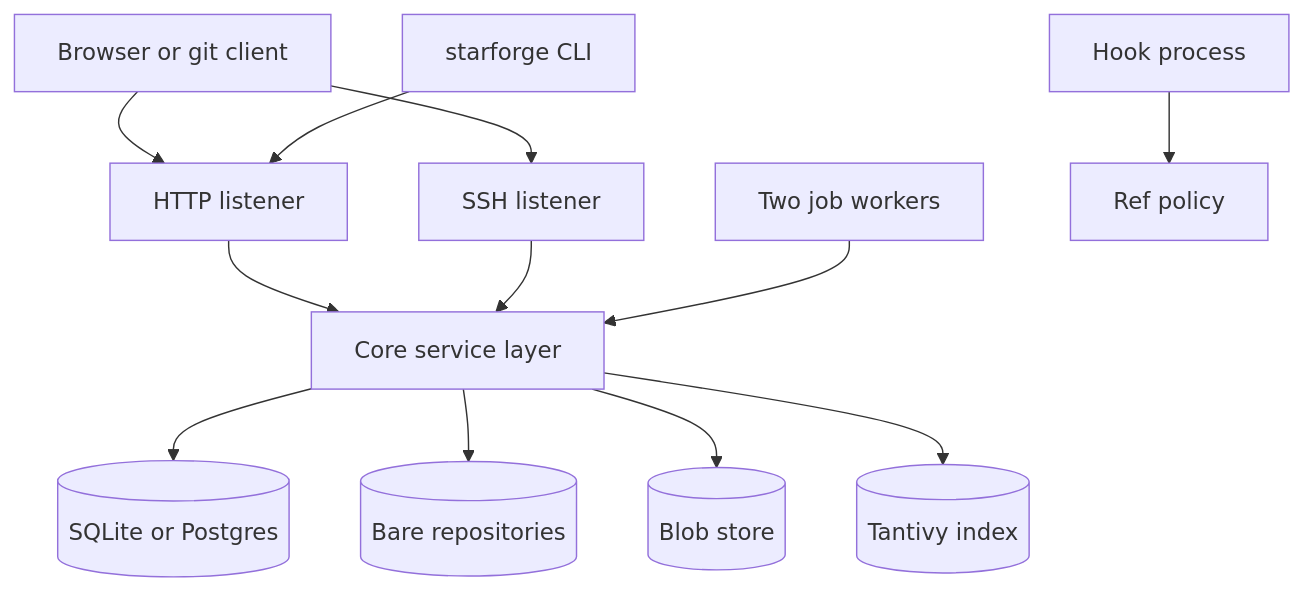
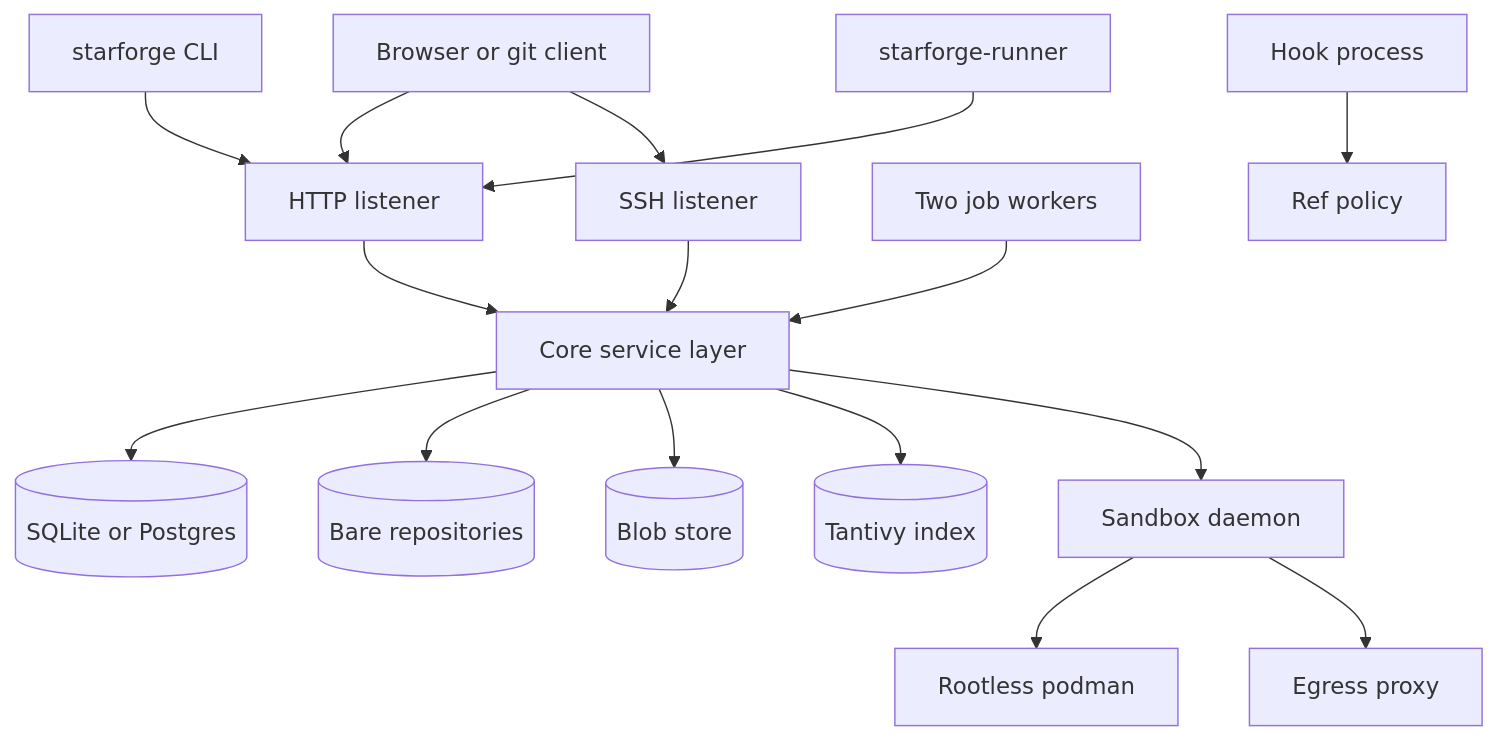
The diagram in docs/technical/architecture.md (mintychochip/starforge), drawn with Mermaid before and after one commit. The commit also changed other lines of this file and 23 other files, not shown here.

````diff
--- a/docs/technical/architecture.md
+++ b/docs/technical/architecture.md
@@ -53,14 +66,18 @@
 ```mermaid
 flowchart TB
     Client["Browser or git client"] --> HTTP["HTTP listener"]
     Client --> SSH["SSH listener"]
     CLI["starforge CLI"] --> HTTP
     HTTP --> Core["Core service layer"]
     SSH --> Core
     Core --> DB[("SQLite or Postgres")]
     Core --> Repos[("Bare repositories")]
     Core --> Blobs[("Blob store")]
     Core --> Index[("Tantivy index")]
     Workers["Two job workers"] --> Core
     Hook["Hook process"] --> Policy["Ref policy"]
+    Runner["starforge-runner"] --> HTTP
+    Core --> Daemon["Sandbox daemon"]
+    Daemon --> Podman["Rootless podman"]
+    Daemon --> Proxy["Egress proxy"]
 ```
````
